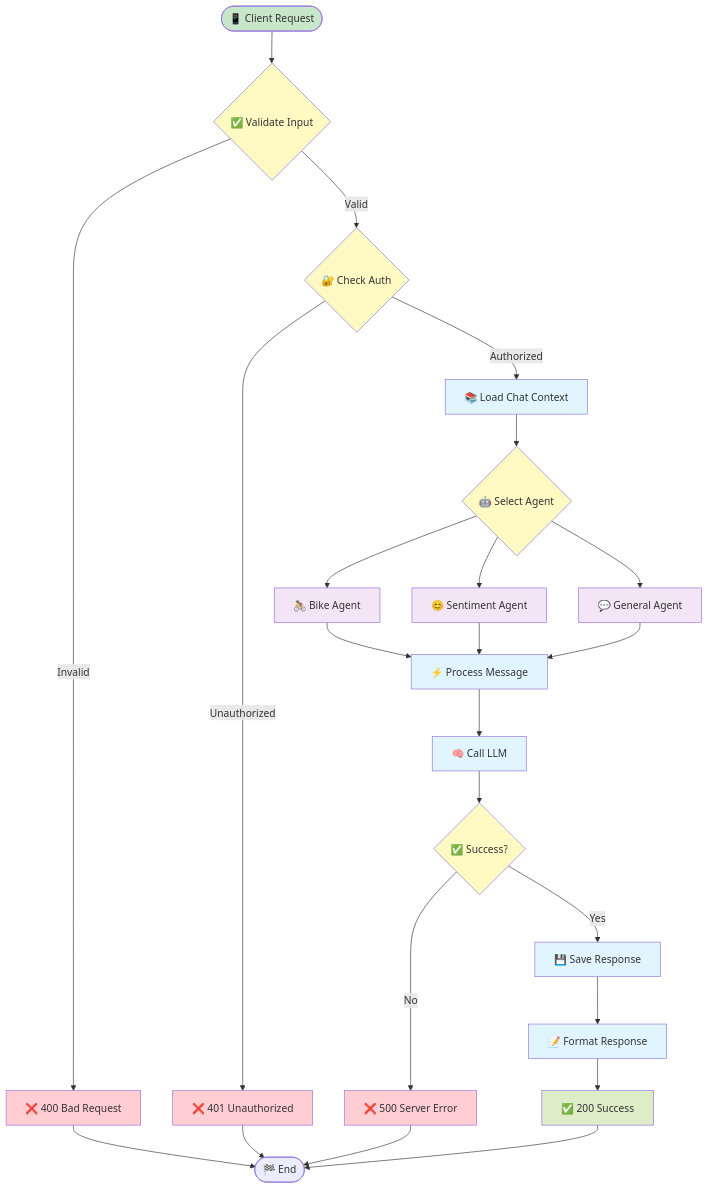
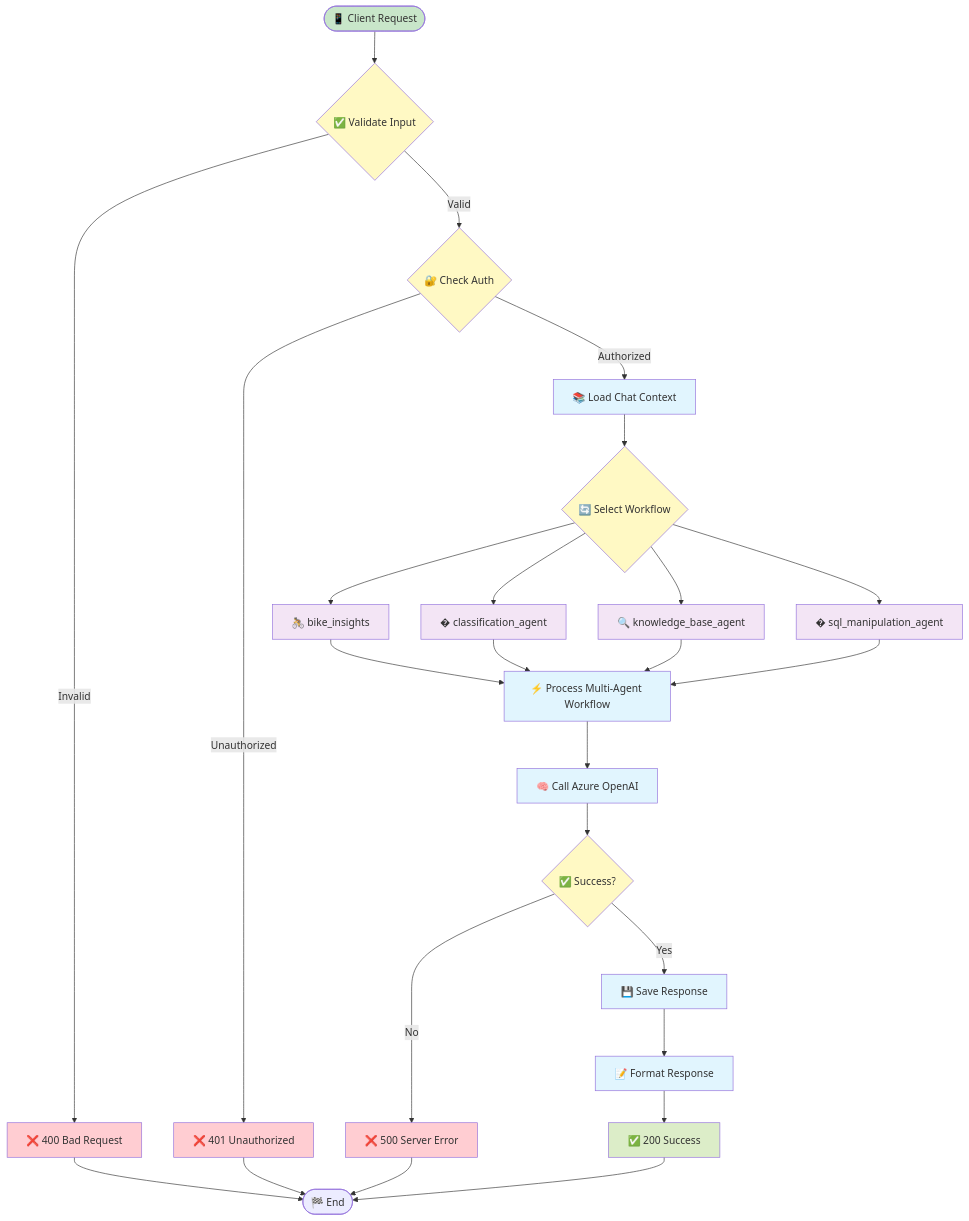
Before and after one commit to the-ingenious-dark-knight/Insight_Ingenious: the fourth of 6 diagrams in docs/api/README.md, drawn with Mermaid. The commit also changed other lines of this file, not shown here.

````diff
--- a/docs/api/README.md
+++ b/docs/api/README.md
@@ -153,46 +151,48 @@
 ```mermaid
 flowchart TD
     START([📱 Client Request]) --> VALIDATE{✅ Validate Input}
     VALIDATE -->|Valid| AUTH{🔐 Check Auth}
     VALIDATE -->|Invalid| ERROR_400[❌ 400 Bad Request]
 
     AUTH -->|Authorized| LOAD_CONTEXT[📚 Load Chat Context]
     AUTH -->|Unauthorized| ERROR_401[❌ 401 Unauthorized]
 
-    LOAD_CONTEXT --> SELECT_AGENT{🤖 Select Agent}
-    SELECT_AGENT --> BIKE_AGENT[🚴 Bike Agent]
-    SELECT_AGENT --> SENTIMENT_AGENT[😊 Sentiment Agent]
-    SELECT_AGENT --> GENERAL_AGENT[💬 General Agent]
+    LOAD_CONTEXT --> SELECT_WORKFLOW{🔄 Select Workflow}
+    SELECT_WORKFLOW --> BIKE_INSIGHTS[🚴 bike_insights]
+    SELECT_WORKFLOW --> CLASSIFICATION[� classification_agent]
+    SELECT_WORKFLOW --> KNOWLEDGE_BASE[🔍 knowledge_base_agent]
+    SELECT_WORKFLOW --> SQL_AGENT[�️ sql_manipulation_agent]
 
-    BIKE_AGENT --> PROCESS_MESSAGE[⚡ Process Message]
-    SENTIMENT_AGENT --> PROCESS_MESSAGE
-    GENERAL_AGENT --> PROCESS_MESSAGE
+    BIKE_INSIGHTS --> PROCESS_MESSAGE[⚡ Process Multi-Agent Workflow]
+    CLASSIFICATION --> PROCESS_MESSAGE
+    KNOWLEDGE_BASE --> PROCESS_MESSAGE
+    SQL_AGENT --> PROCESS_MESSAGE
 
-    PROCESS_MESSAGE --> LLM_CALL[🧠 Call LLM]
+    PROCESS_MESSAGE --> LLM_CALL[🧠 Call Azure OpenAI]
     LLM_CALL --> SUCCESS{✅ Success?}
 
     SUCCESS -->|Yes| SAVE_RESPONSE[💾 Save Response]
     SUCCESS -->|No| ERROR_500[❌ 500 Server Error]
 
     SAVE_RESPONSE --> FORMAT_RESPONSE[📝 Format Response]
     FORMAT_RESPONSE --> RETURN_200[✅ 200 Success]
 
     ERROR_400 --> END([🏁 End])
     ERROR_401 --> END
     ERROR_500 --> END
     RETURN_200 --> END
 
     classDef start fill:#c8e6c9
     classDef process fill:#e1f5fe
     classDef decision fill:#fff9c4
-    classDef agent fill:#f3e5f5
+    classDef workflow fill:#f3e5f5
     classDef success fill:#dcedc8
     classDef error fill:#ffcdd2
 
     class START start
     class LOAD_CONTEXT,PROCESS_MESSAGE,LLM_CALL,SAVE_RESPONSE,FORMAT_RESPONSE process
-    class VALIDATE,AUTH,SELECT_AGENT,SUCCESS decision
-    class BIKE_AGENT,SENTIMENT_AGENT,GENERAL_AGENT agent
+    class VALIDATE,AUTH,SELECT_WORKFLOW,SUCCESS decision
+    class BIKE_INSIGHTS,CLASSIFICATION,KNOWLEDGE_BASE,SQL_AGENT workflow
     class RETURN_200 success
     class ERROR_400,ERROR_401,ERROR_500 error
 ```
````
